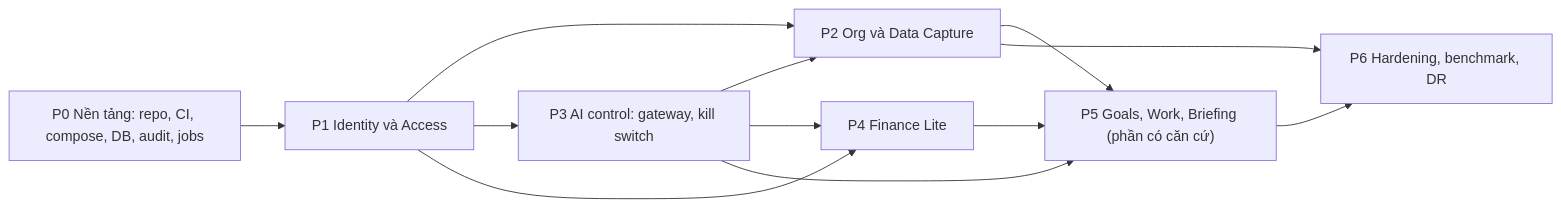
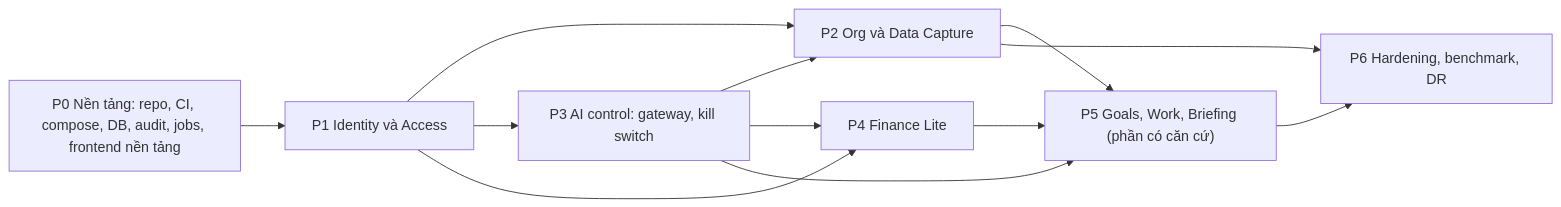
The diagram in docs/04-delivery/Implementation_Plan.md (hovikhanh/AI-EOS), drawn with Mermaid before and after one commit. The commit also changed other lines of this file and 49 other files, not shown here.

````diff
--- a/docs/04-delivery/Implementation_Plan.md
+++ b/docs/04-delivery/Implementation_Plan.md
@@ -29,14 +30,14 @@
 ```mermaid
 flowchart LR
-    P0["P0 Nền tảng: repo, CI, compose, DB, audit, jobs"] --> P1["P1 Identity và Access"]
+    P0["P0 Nền tảng: repo, CI, compose, DB, audit, jobs, frontend nền tảng"] --> P1["P1 Identity và Access"]
     P1 --> P2["P2 Org và Data Capture"]
     P1 --> P3["P3 AI control: gateway, kill switch"]
     P3 --> P2
     P1 --> P4["P4 Finance Lite"]
     P3 --> P4
     P2 --> P5["P5 Goals, Work, Briefing (phần có căn cứ)"]
     P3 --> P5
     P4 --> P5
     P5 --> P6["P6 Hardening, benchmark, DR"]
     P2 --> P6
 ```
````
